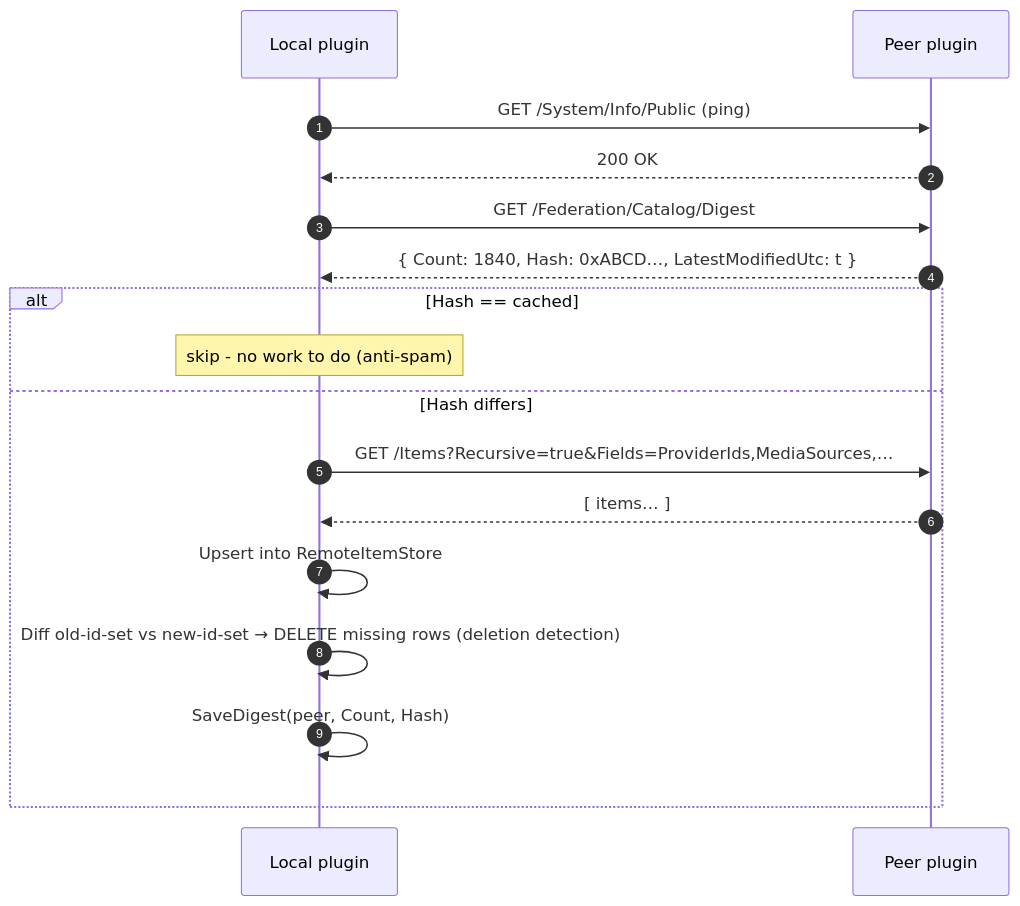
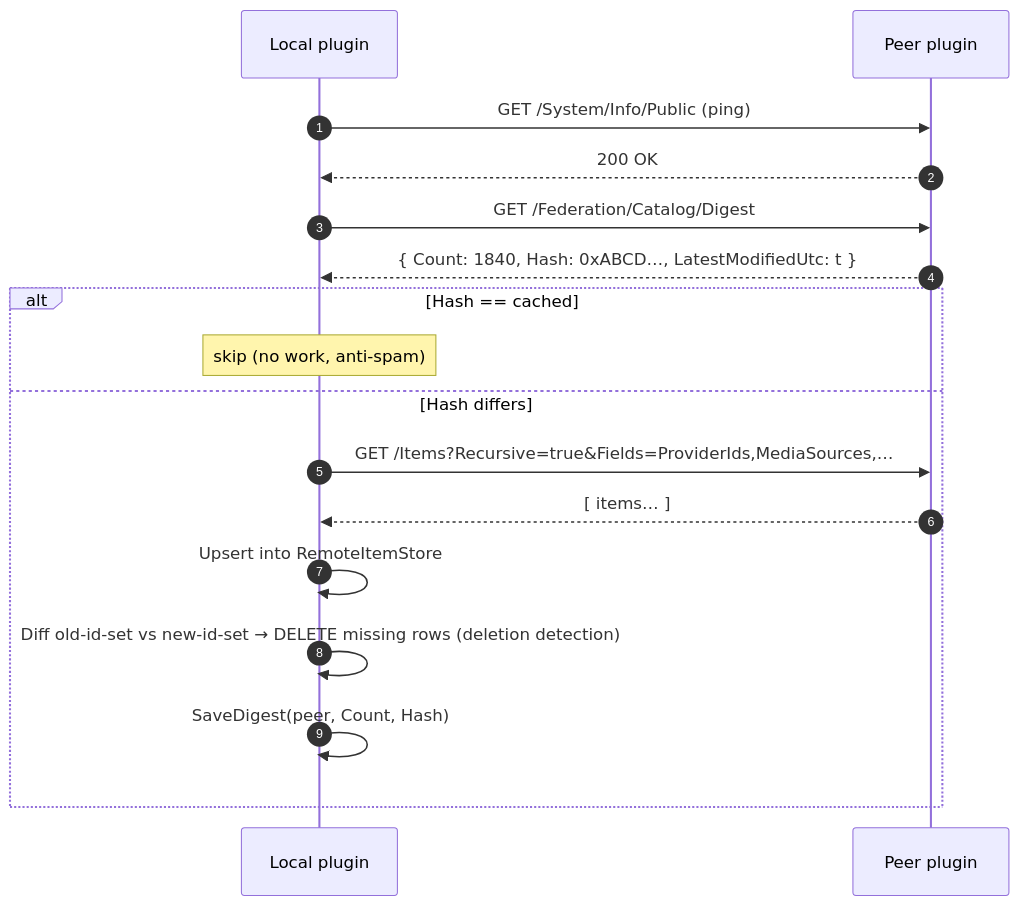
Before and after one commit to Vozec/Jellymesh: the first of 3 diagrams in docs/protocol.md, drawn with Mermaid. The commit also changed other lines of this file and 4 other files, not shown here.

````diff
--- a/docs/protocol.md
+++ b/docs/protocol.md
@@ -50,20 +50,20 @@
 ```mermaid
 sequenceDiagram
     autonumber
     participant L as Local plugin
     participant P as Peer plugin
 
     L->>P: GET /System/Info/Public  (ping)
     P-->>L: 200 OK
     L->>P: GET /Federation/Catalog/Digest
     P-->>L: { Count: 1840, Hash: 0xABCD…, LatestModifiedUtc: t }
     alt Hash == cached
-        Note over L: skip - no work to do (anti-spam)
+        Note over L: skip (no work, anti-spam)
     else Hash differs
         L->>P: GET /Items?Recursive=true&Fields=ProviderIds,MediaSources,…
         P-->>L: [ items… ]
         L->>L: Upsert into RemoteItemStore
         L->>L: Diff old-id-set vs new-id-set → DELETE missing rows (deletion detection)
         L->>L: SaveDigest(peer, Count, Hash)
     end
 ```
````
